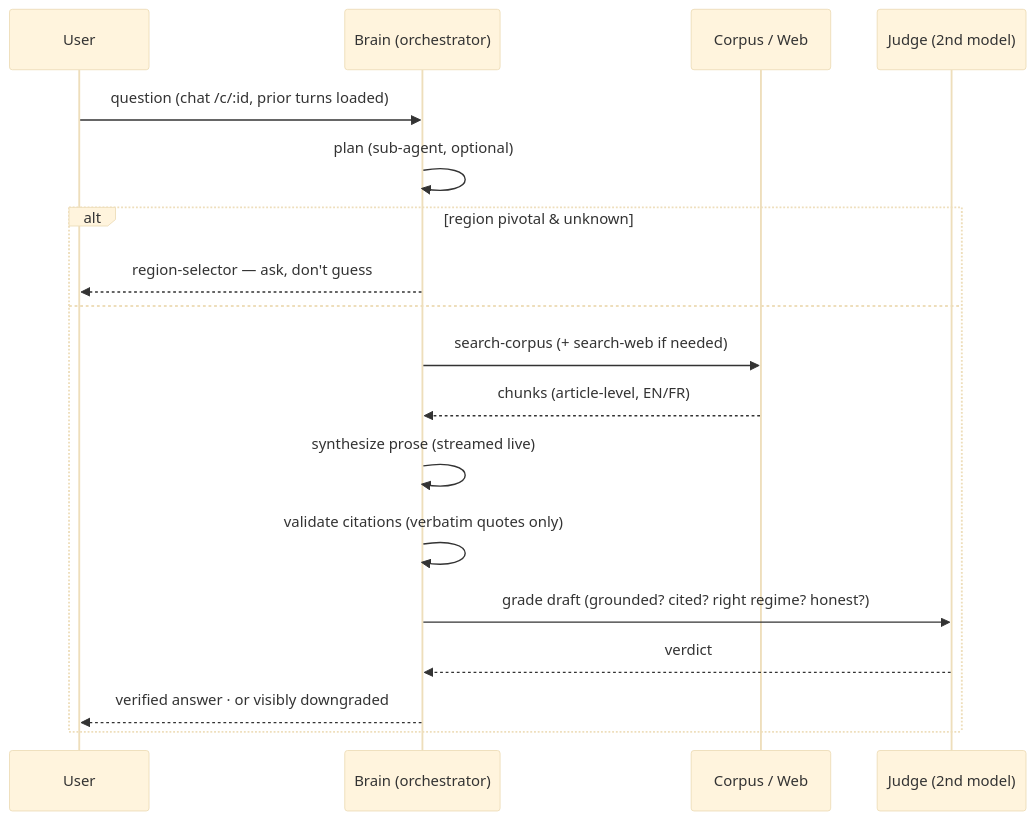
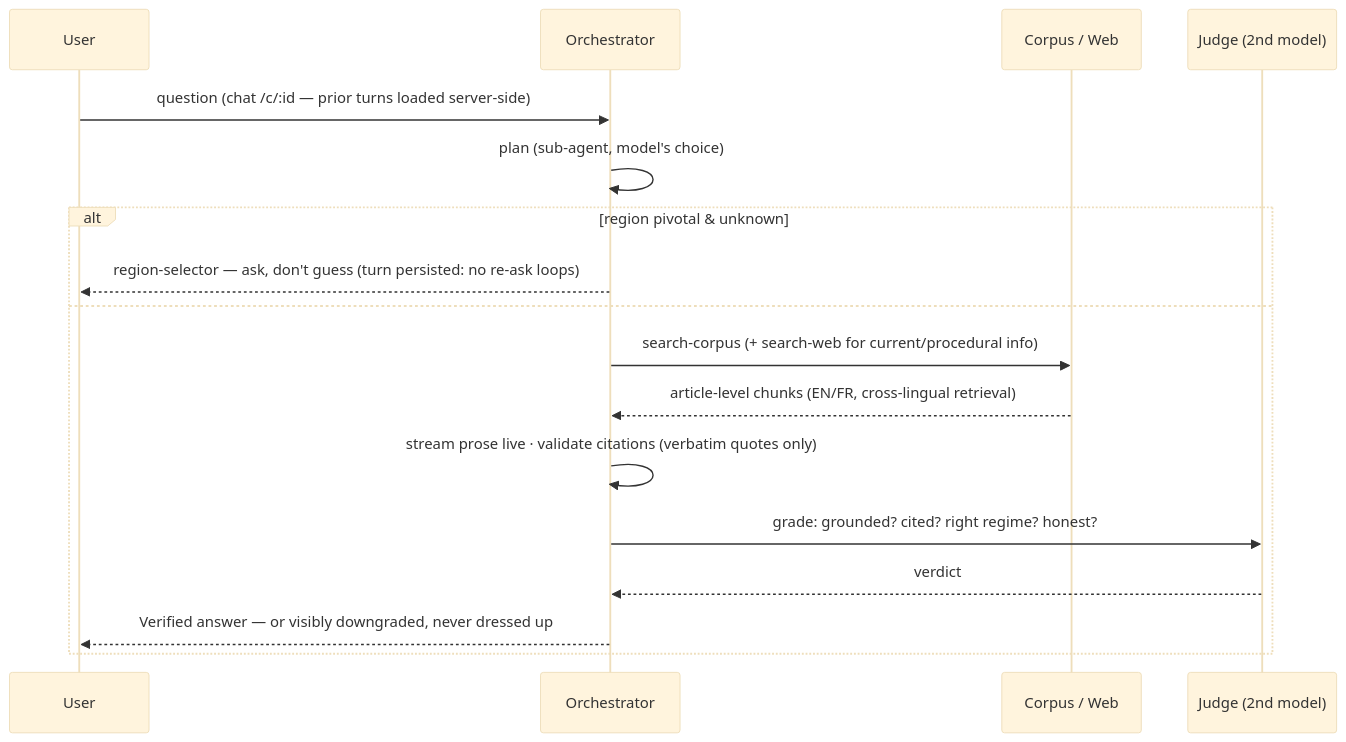
Before and after one commit to gastonche/legalis: the second of 2 diagrams in README.md, drawn with Mermaid (base theme). The commit also changed other lines of this file and 11 other files, not shown here.

````diff
--- a/README.md
+++ b/README.md
@@ -61,20 +74,19 @@
 ```mermaid
 sequenceDiagram
     participant U as User
-    participant B as Brain (orchestrator)
+    participant B as Orchestrator
     participant C as Corpus / Web
     participant J as Judge (2nd model)
-    U->>B: question (chat /c/:id, prior turns loaded)
-    B->>B: plan (sub-agent, optional)
+    U->>B: question (chat /c/:id — prior turns loaded server-side)
+    B->>B: plan (sub-agent, model's choice)
     alt region pivotal & unknown
-        B-->>U: region-selector — ask, don't guess
+        B-->>U: region-selector — ask, don't guess (turn persisted: no re-ask loops)
     else
-        B->>C: search-corpus (+ search-web if needed)
-        C-->>B: chunks (article-level, EN/FR)
-        B->>B: synthesize prose (streamed live)
-        B->>B: validate citations (verbatim quotes only)
-        B->>J: grade draft (grounded? cited? right regime? honest?)
+        B->>C: search-corpus (+ search-web for current/procedural info)
+        C-->>B: article-level chunks (EN/FR, cross-lingual retrieval)
+        B->>B: stream prose live · validate citations (verbatim quotes only)
+        B->>J: grade: grounded? cited? right regime? honest?
         J-->>B: verdict
-        B-->>U: verified answer · or visibly downgraded
+        B-->>U: Verified answer — or visibly downgraded, never dressed up
     end
 ```
````
